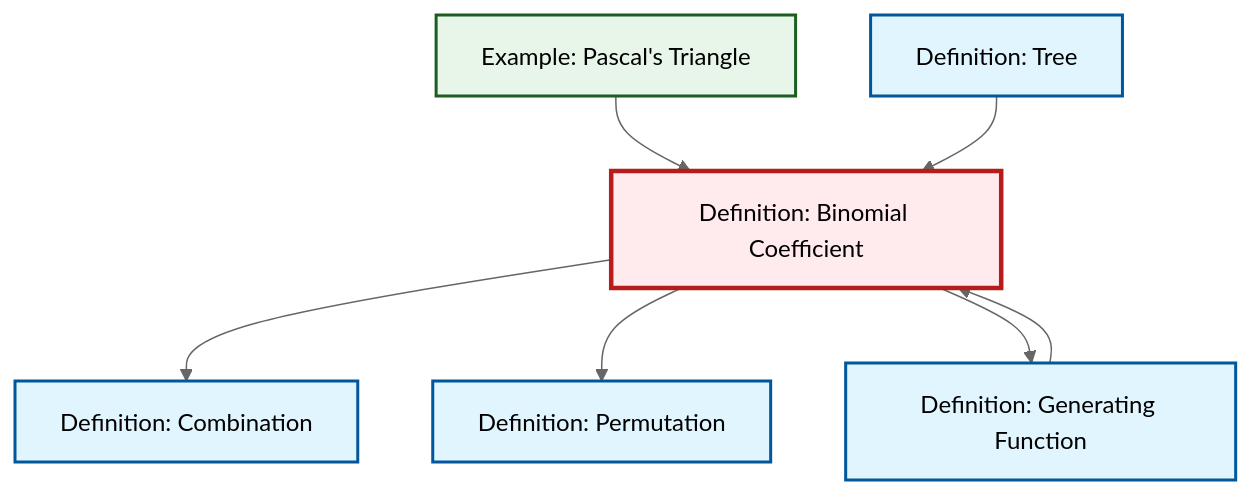
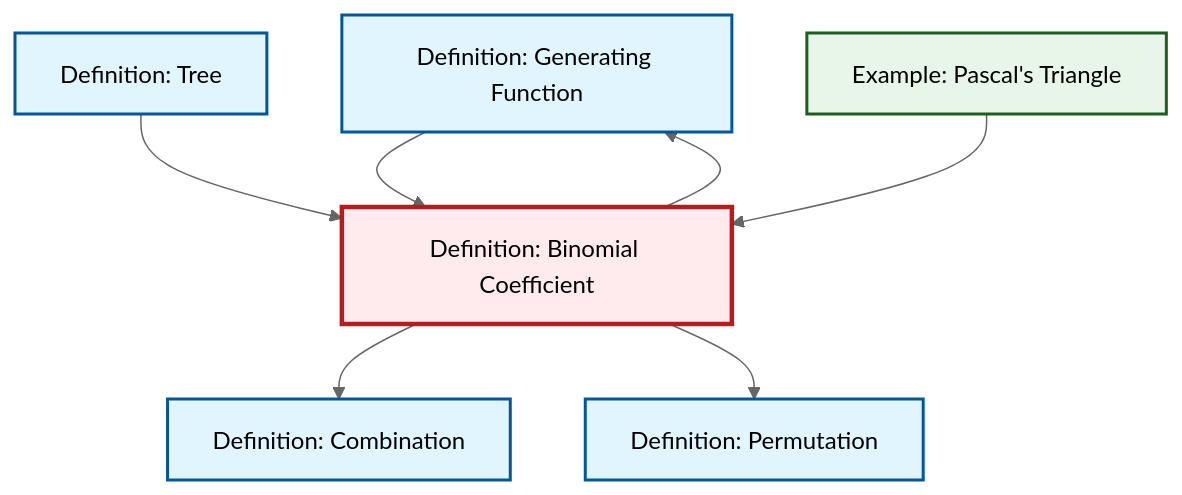
One commit to RK0429/ModernMath changed the diagram in content/en/combinatorics/def-binomial-coefficient.qmd. Above: the diagram before and after it, drawn with Mermaid (neutral theme). The commit also changed other lines of this file and 1069 other files, not shown here.

````diff
--- a/content/en/combinatorics/def-binomial-coefficient.qmd
+++ b/content/en/combinatorics/def-binomial-coefficient.qmd
@@ -66,27 +66,27 @@
 ```{mermaid}
 %%| fig-cap: "Local dependency graph"
 graph TD
     classDef definition fill:#e1f5fe,stroke:#01579b,stroke-width:2px
     classDef theorem fill:#f3e5f5,stroke:#4a148c,stroke-width:2px
     classDef axiom fill:#fff3e0,stroke:#e65100,stroke-width:2px
     classDef example fill:#e8f5e9,stroke:#1b5e20,stroke-width:2px
     classDef current fill:#ffebee,stroke:#b71c1c,stroke-width:3px
-    def-binomial-coefficient["Definition: Binomial Coefficient"]:::definition
-    def-permutation["Definition: Permutation"]:::definition
-    ex-pascals-triangle["Example: Pascal's Triangle"]:::example
     def-combination["Definition: Combination"]:::definition
     def-generating-function["Definition: Generating Function"]:::definition
+    def-binomial-coefficient["Definition: Binomial Coefficient"]:::definition
+    ex-pascals-triangle["Example: Pascal's Triangle"]:::example
     def-tree["Definition: Tree"]:::definition
+    def-permutation["Definition: Permutation"]:::definition
     def-binomial-coefficient --> def-combination
     def-generating-function --> def-binomial-coefficient
-    ex-pascals-triangle --> def-binomial-coefficient
     def-binomial-coefficient --> def-permutation
     def-tree --> def-binomial-coefficient
+    ex-pascals-triangle --> def-binomial-coefficient
     def-binomial-coefficient --> def-generating-function
     class def-binomial-coefficient current
-    click def-permutation "def-permutation.html" "Go to Permutation definition"
-    click ex-pascals-triangle "ex-pascals-triangle.html" "Go to Pascal's Triangle example"
     click def-combination "def-combination.html" "Go to Combination definition"
     click def-generating-function "def-generating-function.html" "Go to Generating Function definition"
+    click ex-pascals-triangle "ex-pascals-triangle.html" "Go to Pascal's Triangle example"
     click def-tree "def-tree.html" "Go to Tree definition"
+    click def-permutation "def-permutation.html" "Go to Permutation definition"
 ```
````
